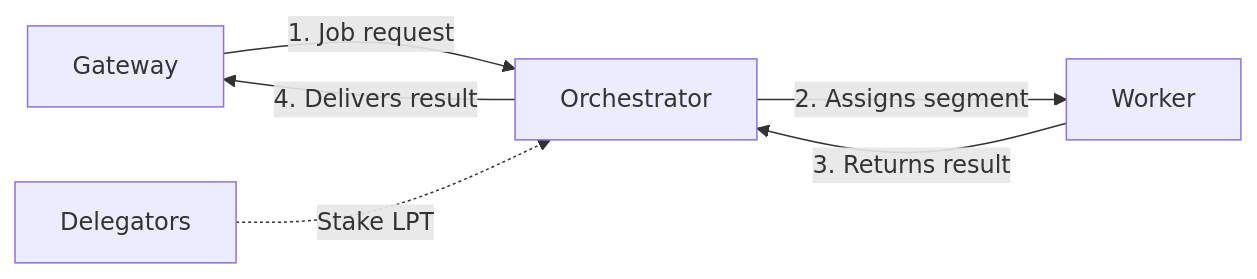
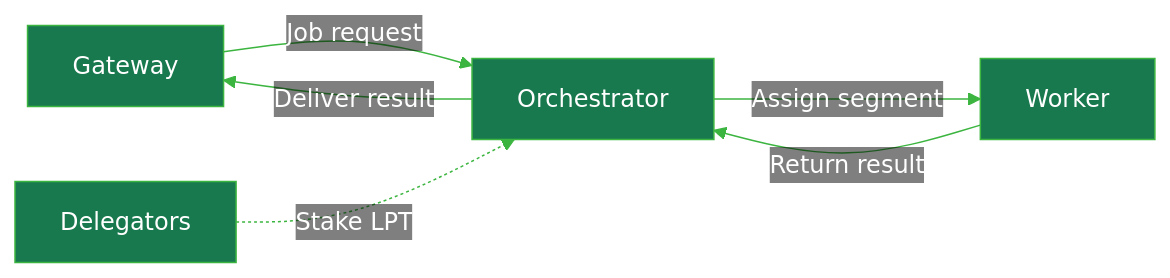
One commit to its-DeFine/docs changed the first of 2 diagrams in snippets/composables/pages/about/concepts/protocol.mdx. Above: the diagram before and after it, drawn with Mermaid. The commit also changed other lines of this file and 12 other files, not shown here.

````diff
--- a/snippets/composables/pages/about/concepts/protocol.mdx
+++ b/snippets/composables/pages/about/concepts/protocol.mdx
@@ -46,13 +175,14 @@
 ```mermaid
+%%{init: {'theme': 'base', 'themeVariables': {'primaryColor': '#18794E', 'primaryTextColor': '#fff', 'primaryBorderColor': '#3CB540', 'lineColor': '#3CB540', 'mainBkg': '#18794E', 'nodeBorder': '#3CB540', 'clusterBkg': 'transparent', 'clusterBorder': '#3CB540', 'titleColor': '#3CB540', 'edgeLabelBackground': 'transparent', 'textColor': '#3CB540', 'nodeTextColor': '#fff'}}}%%
 flowchart LR
-    G[Gateway]
-    O[Orchestrator]
-    W[Worker]
-    D[Delegators]
+    G["Gateway"]
+    O["Orchestrator"]
+    W["Worker"]
+    D["Delegators"]
 
-    G -->|1. Job request| O
-    O -->|2. Assigns segment| W
-    W -->|3. Returns result| O
-    O -->|4. Delivers result| G
+    G -->|Job request| O
+    O -->|Assign segment| W
+    W -->|Return result| O
+    O -->|Deliver result| G
     D -.->|Stake LPT| O
 ```
````
